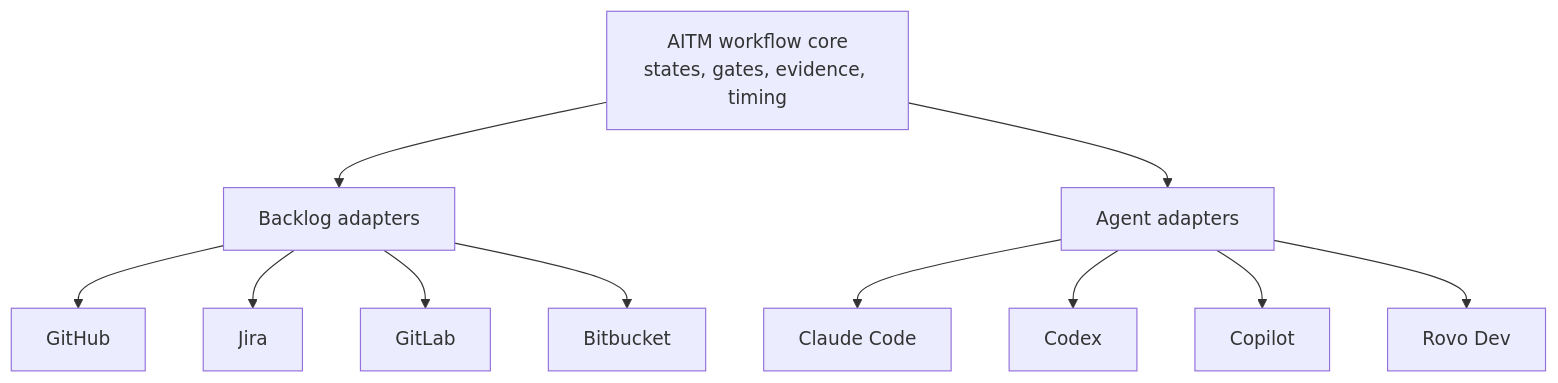
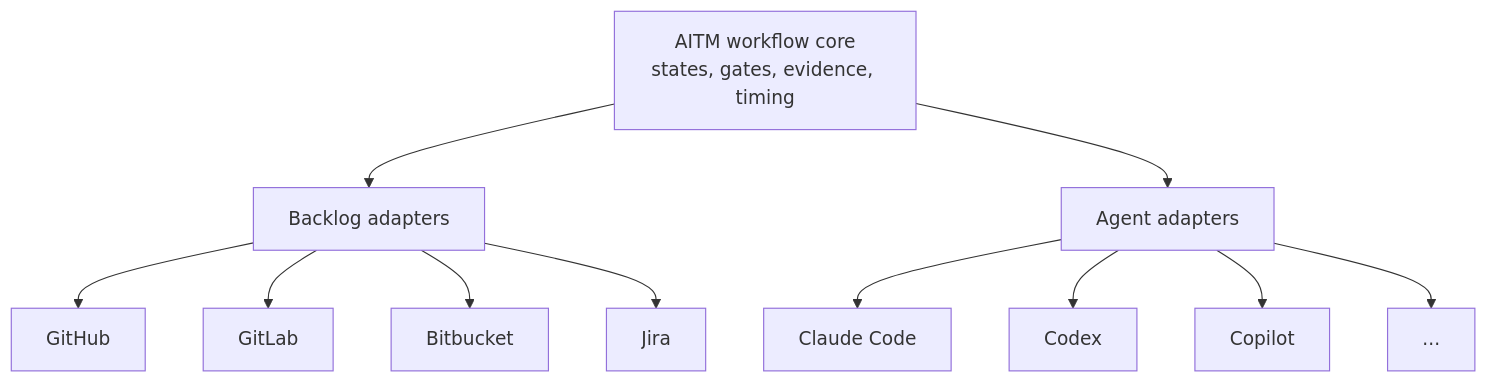
One commit to kburson/ai-task-manager changed the diagram in docs/articles/08-adapter-future.md. Above: the diagram before and after it, drawn with Mermaid. The commit also changed other lines of this file and 21 other files, not shown here.

````diff
--- a/docs/articles/08-adapter-future.md
+++ b/docs/articles/08-adapter-future.md
@@ -55,13 +58,13 @@
 ```mermaid
 flowchart TB
     Core["AITM workflow core\nstates, gates, evidence, timing"] --> BacklogAdapters["Backlog adapters"]
     Core --> AgentAdapters["Agent adapters"]
     BacklogAdapters --> GitHub["GitHub"]
-    BacklogAdapters --> Jira["Jira"]
     BacklogAdapters --> GitLab["GitLab"]
     BacklogAdapters --> Bitbucket["Bitbucket"]
+    BacklogAdapters --> Jira["Jira"]
     AgentAdapters --> Claude["Claude Code"]
     AgentAdapters --> Codex["Codex"]
     AgentAdapters --> Copilot["Copilot"]
-    AgentAdapters --> Rovo["Rovo Dev"]
+    AgentAdapters --> Rovo["..."]
 ```
````
